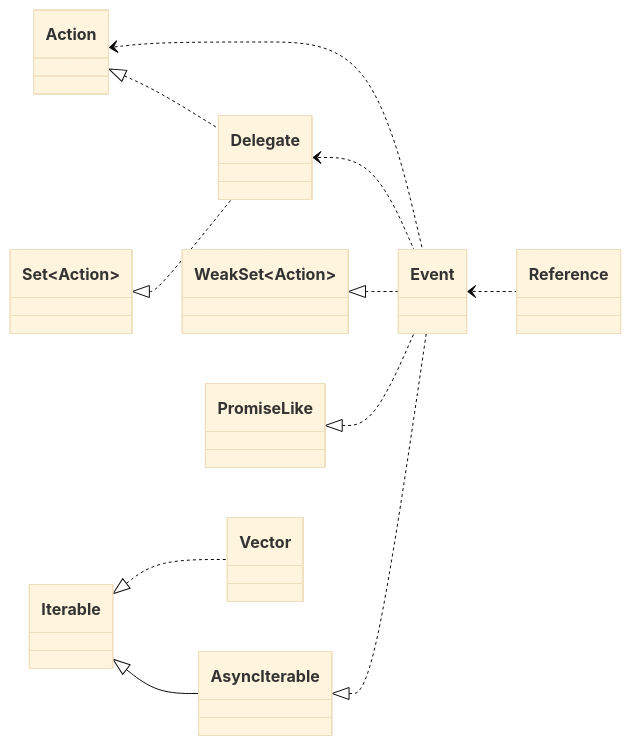
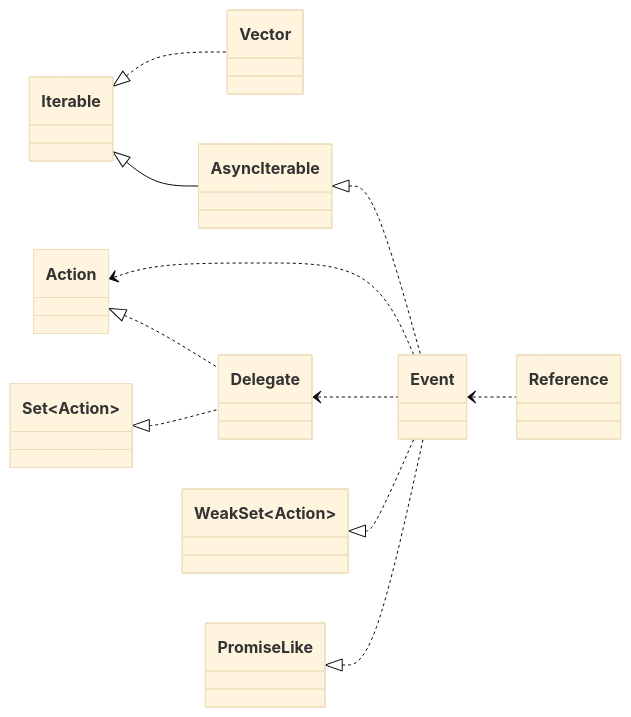
Before and after one commit to domrally/peekeasy: the fourth of 4 diagrams in README.md, drawn with Mermaid (base theme). The commit also changed other lines of this file, not shown here.

````diff
--- a/README.md
+++ b/README.md
@@ -204,20 +204,20 @@
 ```mermaid
 classDiagram
     direction LR
+    Iterable <|.. Vector
+    Iterable <|-- AsyncIterable
+    AsyncIterable <|.. Event
     Action <.. Event
     Action <|.. Delegate
     Set~Action~ <|.. Delegate
     Delegate <.. Event
     WeakSet~Action~ <|.. Event
     PromiseLike <|.. Event
-    AsyncIterable <|.. Event
     Event <.. Reference
-    Iterable <|-- AsyncIterable
-    Iterable <|.. Vector
     class Delegate
     link Delegate "https://github.com/domrally/peekeasy/blob/main/src/delegate.ts" "delegate.ts"
     class Event
     link Event "https://github.com/domrally/peekeasy/blob/main/src/event.ts" "event.ts"
     class Vector
     link Vector "https://github.com/domrally/peekeasy/blob/main/src/vector.ts" "vector.ts"
 ```
````
